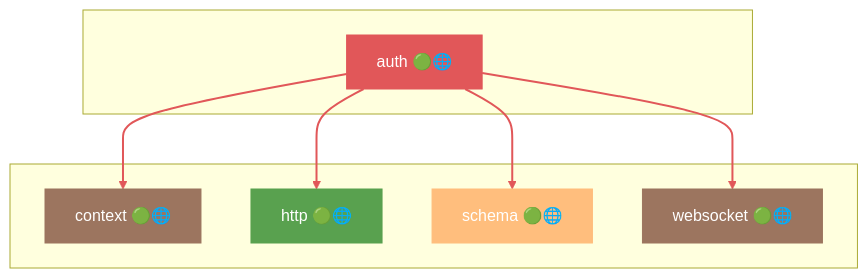
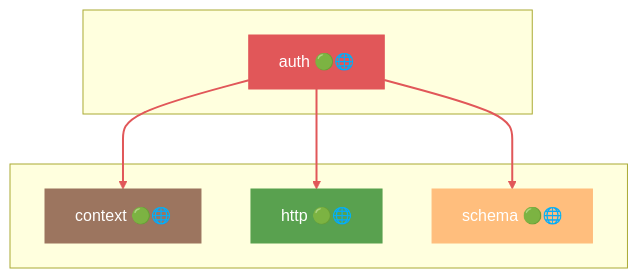
Before and after one commit to grest-ts/grest-ts: the fourth of 46 diagrams in docs/DEPENDENCIES.md, drawn with Mermaid. The commit also changed other lines of this file and 15 other files, not shown here.

First line of the commit message:
Update docs to unified middleware API; refresh dependency graph

````diff
--- a/docs/DEPENDENCIES.md
+++ b/docs/DEPENDENCIES.md
@@ -481,25 +487,21 @@
 ```mermaid
 flowchart TB
     subgraph Package[" "]
         auth["auth 🟢🌐"]
     end
     subgraph Dependencies[" "]
         context["context 🟢🌐"]
         http["http 🟢🌐"]
         schema["schema 🟢🌐"]
-        websocket["websocket 🟢🌐"]
     end
     auth --> context
     auth --> http
     auth --> schema
-    auth --> websocket
     style auth fill:#E15759,stroke:#E15759,color:#fff
     style context fill:#9C755F,stroke:#9C755F,color:#fff
     style http fill:#59A14F,stroke:#59A14F,color:#fff
     style schema fill:#FFBE7D,stroke:#FFBE7D,color:#fff
-    style websocket fill:#9C755F,stroke:#9C755F,color:#fff
     linkStyle 0 stroke:#E15759,stroke-width:2px
     linkStyle 1 stroke:#E15759,stroke-width:2px
     linkStyle 2 stroke:#E15759,stroke-width:2px
-    linkStyle 3 stroke:#E15759,stroke-width:2px
 ```
````
